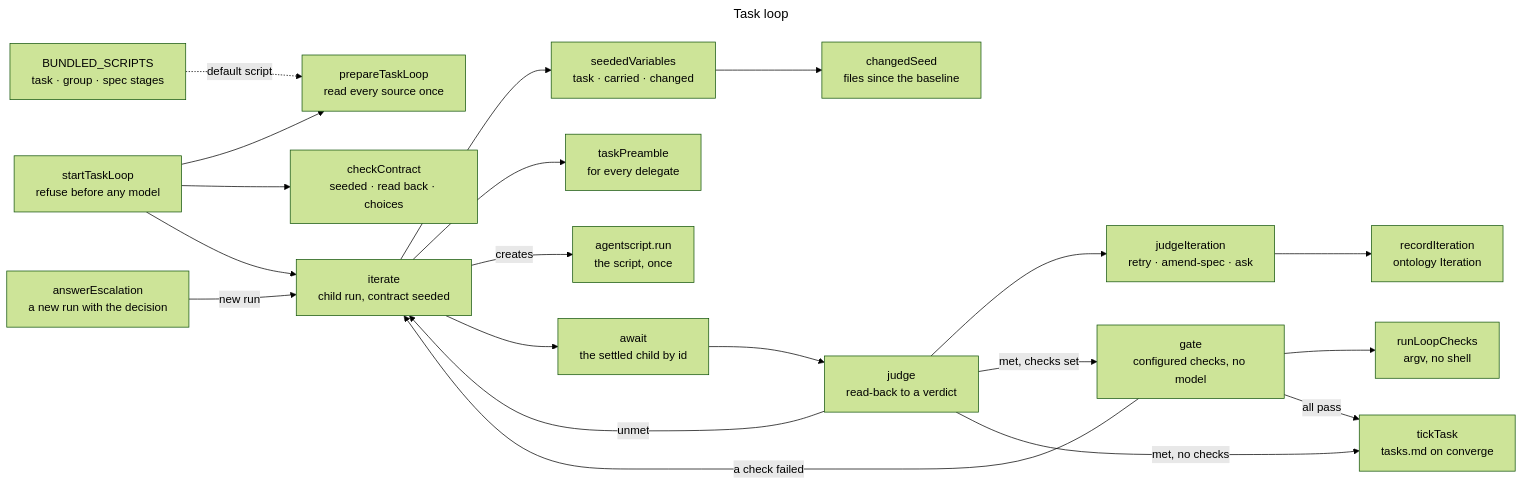
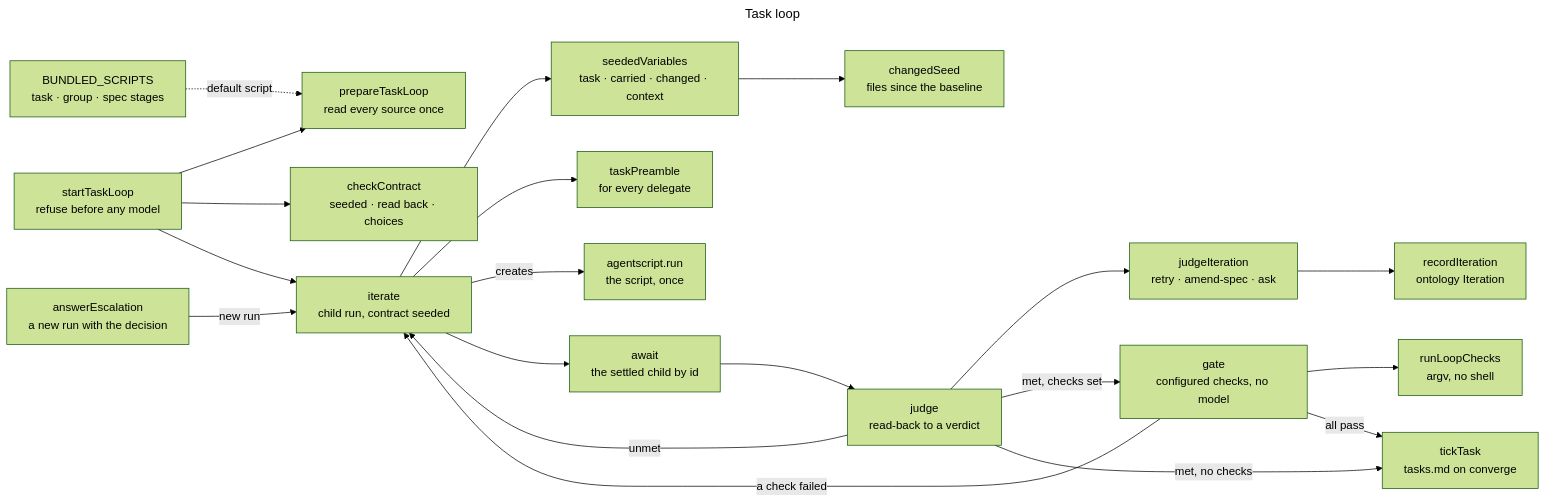
Before and after one commit to jtaylorcpp/specsesh-agent: the diagram in blueprint/task-loop.mmd, drawn with Mermaid (forest theme). The commit also changed 29 other files, not shown here.

First line of the commit message:
task-search-and-context: list and search in the act step; task.context

```diff
--- a/blueprint/task-loop.mmd
+++ b/blueprint/task-loop.mmd
@@ -1,59 +1,61 @@
 ---
 title: Task loop
 ---
 flowchart LR
   start[startTaskLoop<br/>refuse before any model]
   prepare[prepareTaskLoop<br/>read every source once]
   contract[checkContract<br/>seeded · read back · choices]
   iterate[iterate<br/>child run, contract seeded]
-  seed[seededVariables<br/>task · carried · changed]
+  seed[seededVariables<br/>task · carried · changed · context]
   changed[changedSeed<br/>files since the baseline]
   preamble[taskPreamble<br/>for every delegate]
   scripts[BUNDLED_SCRIPTS<br/>task · group · spec stages]
   run[agentscript.run<br/>the script, once]
   await[await<br/>the settled child by id]
   judge[judge<br/>read-back to a verdict]
   judgeit[judgeIteration<br/>retry · amend-spec · ask]
   record[recordIteration<br/>ontology Iteration]
   gate[gate<br/>configured checks, no model]
   checks[runLoopChecks<br/>argv, no shell]
   tick[tickTask<br/>tasks.md on converge]
   answer[answerEscalation<br/>a new run with the decision]
 
   start --> prepare
   start --> contract
   start --> iterate
   scripts -.->|default script| prepare
   iterate --> seed
   seed --> changed
   iterate --> preamble
   iterate -->|creates| run
   iterate --> await
   await --> judge
   judge --> judgeit
   judgeit --> record
   judge -->|unmet| iterate
   judge -->|met, checks set| gate
   judge -->|met, no checks| tick
   gate --> checks
   gate -->|a check failed| iterate
   gate -->|all pass| tick
   answer -->|new run| iterate
 
-  %% code: start packages/agent/src/task/start.ts:86
+  %% code: start packages/agent/src/task/start.ts:87
   %% code: prepare packages/agent/src/task/start.ts:28
-  %% code: contract packages/agent/src/task/contract.ts:100
-  %% code: iterate packages/agent/src/task/loop.ts:179
-  %% code: seed packages/agent/src/task/loop.ts:71
+  %% code: contract packages/agent/src/task/contract.ts:101
+  %% code: iterate packages/agent/src/task/loop.ts:184
+  %% code: seed packages/agent/src/task/loop.ts:75
   %% code: changed packages/agent/src/task/changed.ts:68
-  %% code: preamble packages/agent/src/task/preamble.ts:27
-  %% code: scripts packages/agent/src/task/options.ts:66
+  %% code: preamble packages/agent/src/task/preamble.ts:28
+  %% code: scripts packages/agent/src/task/options.ts:71
   %% code: run packages/agent/src/durable/extension.ts:573
-  %% code: await packages/agent/src/task/loop.ts:228
-  %% code: judge packages/agent/src/task/loop.ts:246
+  %% code: await packages/agent/src/task/loop.ts:233
+  %% code: judge packages/agent/src/task/loop.ts:251
   %% code: judgeit packages/agent/src/task/judge.ts:20
   %% code: record packages/agent/src/task/iteration.ts:130
-  %% code: gate packages/agent/src/task/loop.ts:133
+  %% code: gate packages/agent/src/task/loop.ts:138
   %% code: checks packages/agent/src/task/checks.ts:29
   %% code: tick packages/agent/src/task/tick.ts:16
   %% code: answer packages/agent/src/task/answer.ts:81
+
+  class prepare,seed,preamble done
```
